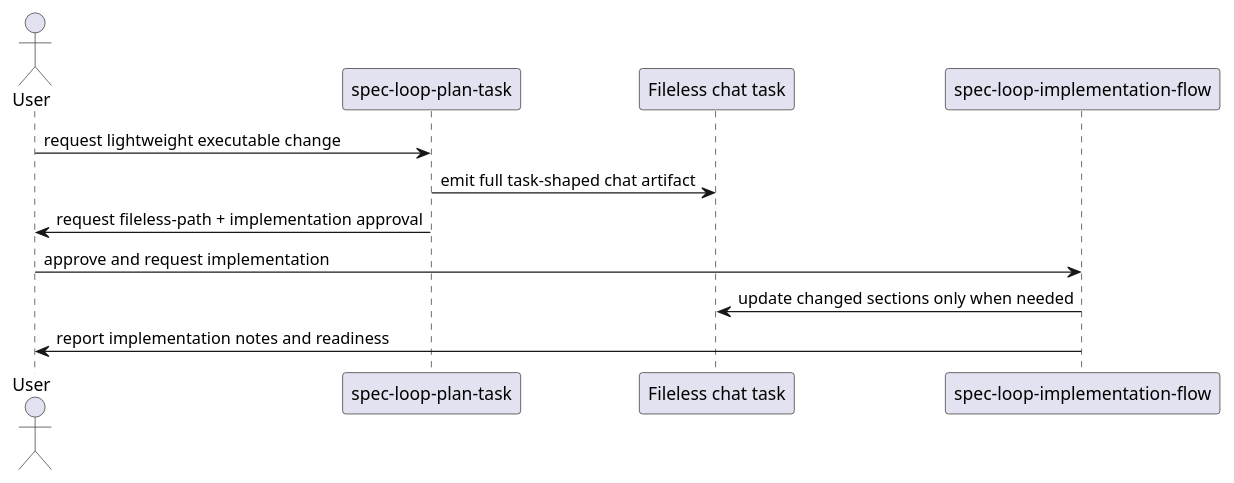
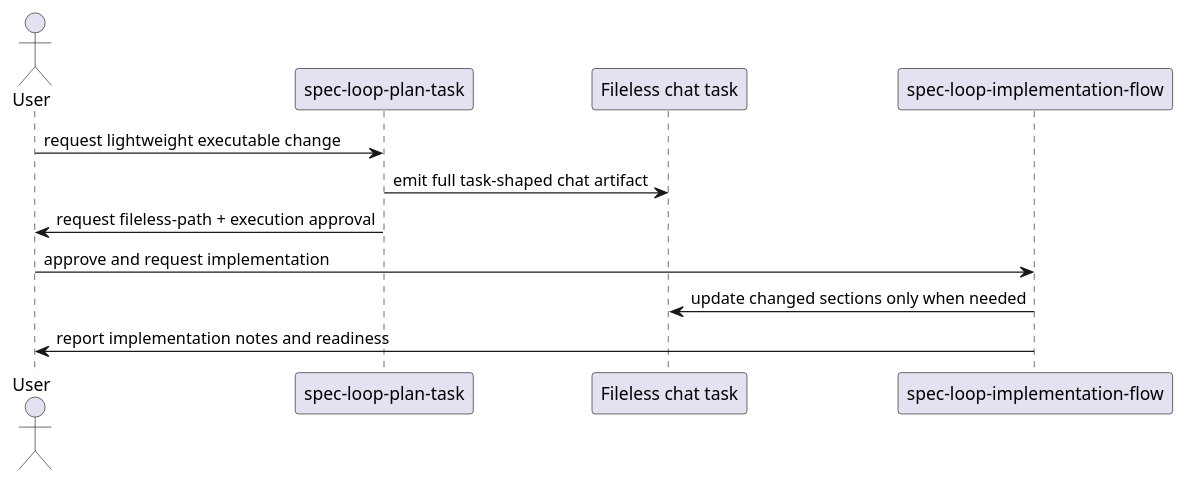
The third of 3 diagrams in tasks/review/unify-fileless-and-task-semantics.md (dpolivaev/spec-loop), drawn with PlantUML before and after one commit. The commit also changed other lines of this file and 17 other files, not shown here.

Commit message:
Rename execution approval preparation skill

````diff
--- a/tasks/review/unify-fileless-and-task-semantics.md
+++ b/tasks/review/unify-fileless-and-task-semantics.md
@@ -119,15 +119,15 @@
   ```plantuml
   @startuml
   actor User
   participant "spec-loop-plan-task" as PlanTask
   participant "Fileless chat task" as FilelessTask
   participant "spec-loop-implementation-flow" as ImplementationFlow
 
   User -> PlanTask : request lightweight executable change
   PlanTask -> FilelessTask : emit full task-shaped chat artifact
-  PlanTask -> User : request fileless-path + implementation approval
+  PlanTask -> User : request fileless-path + execution approval
   User -> ImplementationFlow : approve and request implementation
   ImplementationFlow -> FilelessTask : update changed sections only when needed
   ImplementationFlow -> User : report implementation notes and readiness
   @enduml
   ```
````
